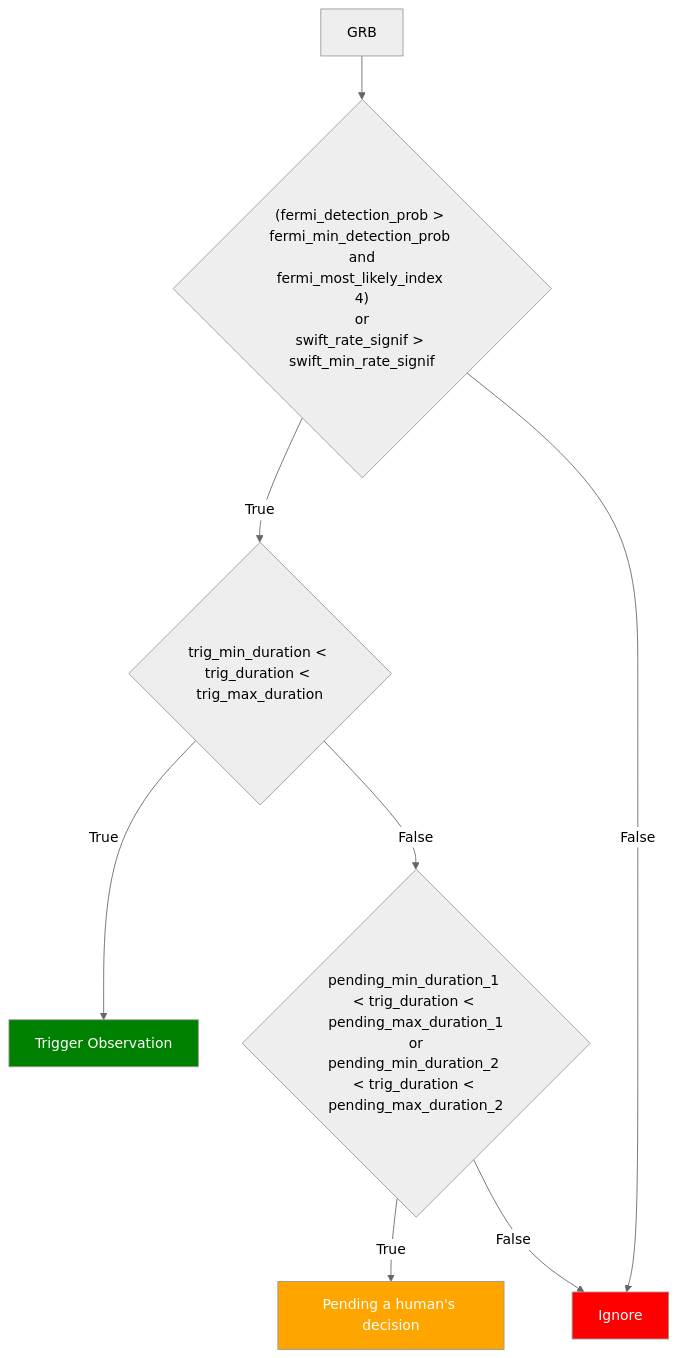
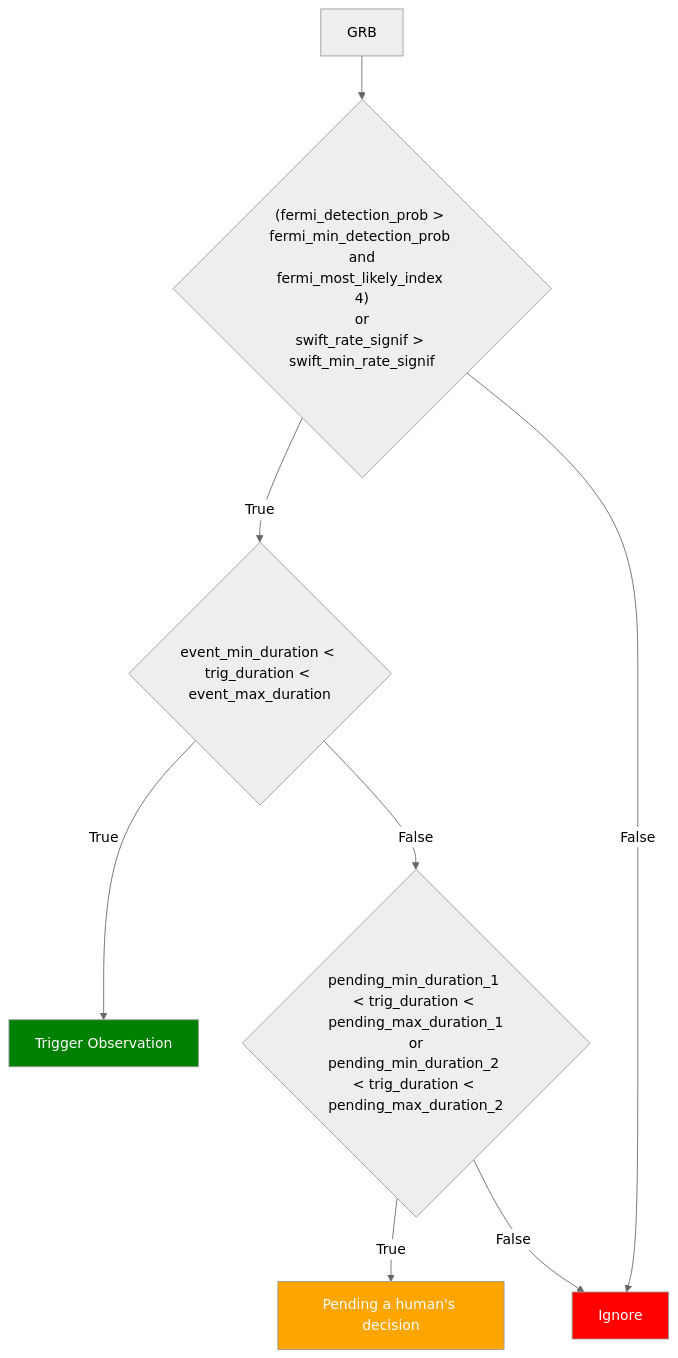
One commit to MWATelescope/mwa_trigger changed the diagram in docs/grb.rst. Above: the diagram before and after it, drawn with Mermaid (neutral theme). The commit also changed 22 other files, not shown here.

```diff
--- a/docs/grb.rst
+++ b/docs/grb.rst
@@ -10,13 +10,13 @@
 .. mermaid::
 
    flowchart TD
       F[GRB] --> J{"(fermi_detection_prob > fermi_min_detection_prob \nand\n fermi_most_likely_index  4)\nor\nswift_rate_signif > swift_min_rate_signif"}
-      J --> |True| K{"trig_min_duration < trig_duration < trig_max_duration"}
+      J --> |True| K{"event_min_duration < trig_duration < event_max_duration"}
       J --> |False| END[Ignore]
       K --> |True| L[Trigger Observation]
       K --> |False| M{"pending_min_duration_1 < trig_duration < pending_max_duration_1\nor\npending_min_duration_2 < trig_duration < pending_max_duration_2"}
       M --> |True| N[Pending a human's decision]
       M --> |False| END
       style L fill:green,color:white
       style N fill:orange,color:white
       style END fill:red,color:white
```
